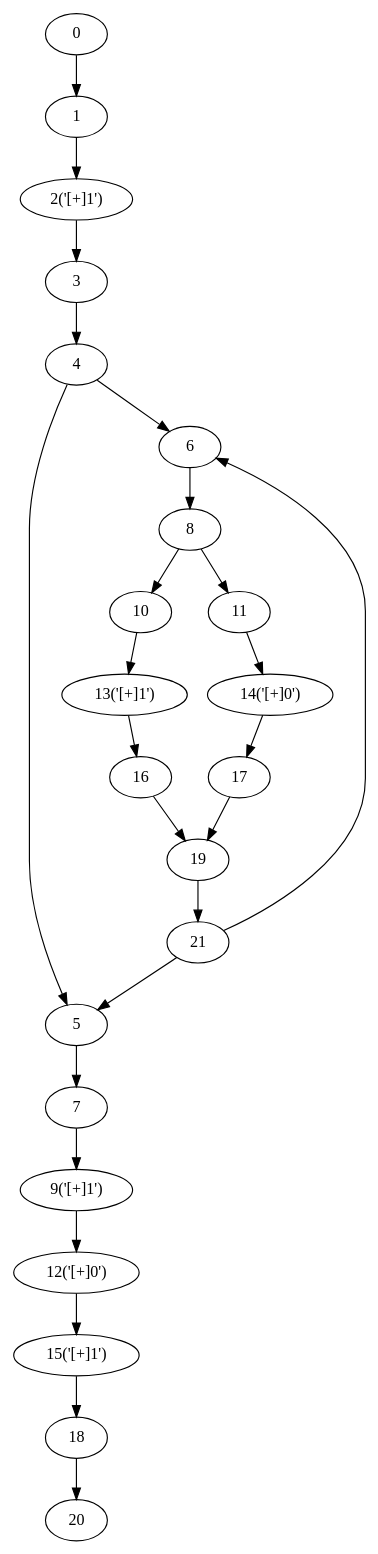
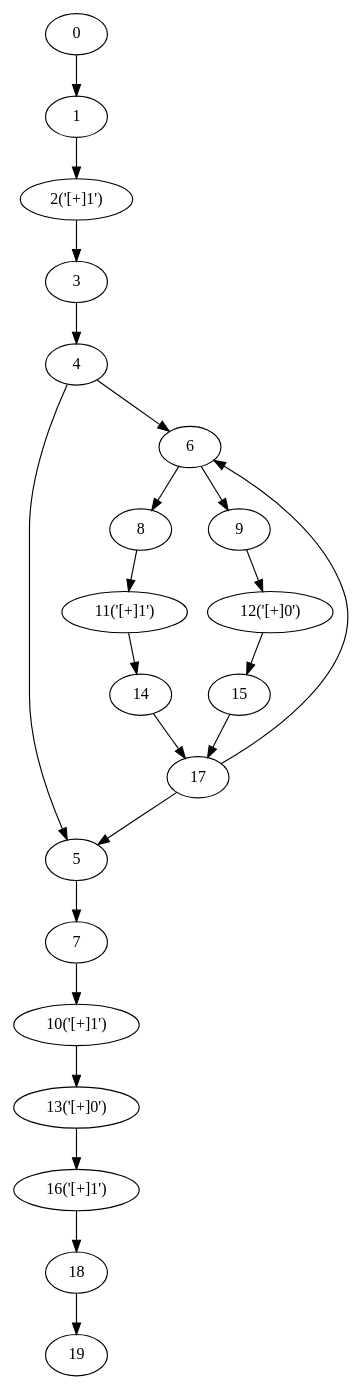
The diagram in NRegex.Test/Graphs/TestMethod07.dot (yyl-20020115/NRegEx), drawn with Graphviz before and after one commit. The commit also changed 15 other files, not shown here.

```diff
--- a/NRegex.Test/Graphs/TestMethod07.dot
+++ b/NRegex.Test/Graphs/TestMethod07.dot
@@ -1,48 +1,44 @@
 digraph g {
 	0 ;
 	1 ;
 	2 [label="2('[+]1')"];
 	3 ;
 	4 ;
 	5 ;
 	6 ;
 	7 ;
 	8 ;
-	9 [label="9('[+]1')"];
-	10 ;
-	11 ;
+	9 ;
+	10 [label="10('[+]1')"];
+	11 [label="11('[+]1')"];
 	12 [label="12('[+]0')"];
-	13 [label="13('[+]1')"];
-	14 [label="14('[+]0')"];
-	15 [label="15('[+]1')"];
-	16 ;
+	13 [label="13('[+]0')"];
+	14 ;
+	15 ;
+	16 [label="16('[+]1')"];
 	17 ;
 	18 ;
 	19 ;
-	20 ;
-	21 ;
 	0->1;
 	1->2;
 	2->3;
 	3->4;
 	4->5;
-	21->5;
+	17->5;
 	4->6;
-	21->6;
+	17->6;
 	5->7;
 	6->8;
-	7->9;
-	8->10;
+	6->9;
+	7->10;
 	8->11;
 	9->12;
 	10->13;
 	11->14;
 	12->15;
 	13->16;
 	14->17;
-	15->18;
-	16->19;
-	17->19;
-	18->20;
-	19->21;
+	15->17;
+	16->18;
+	18->19;
 }
```
